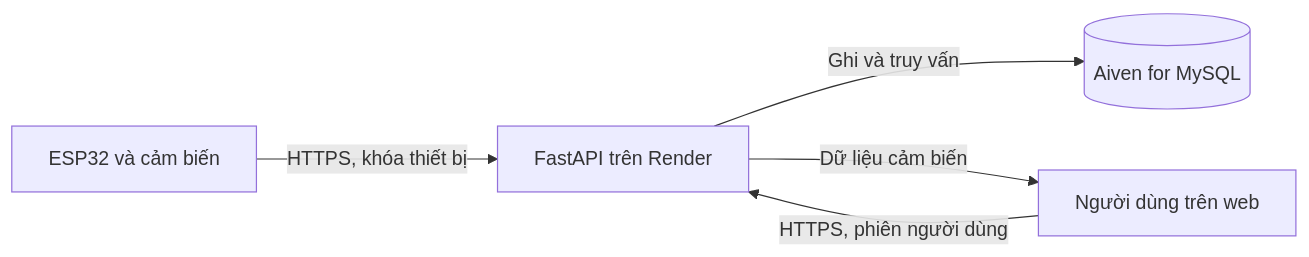
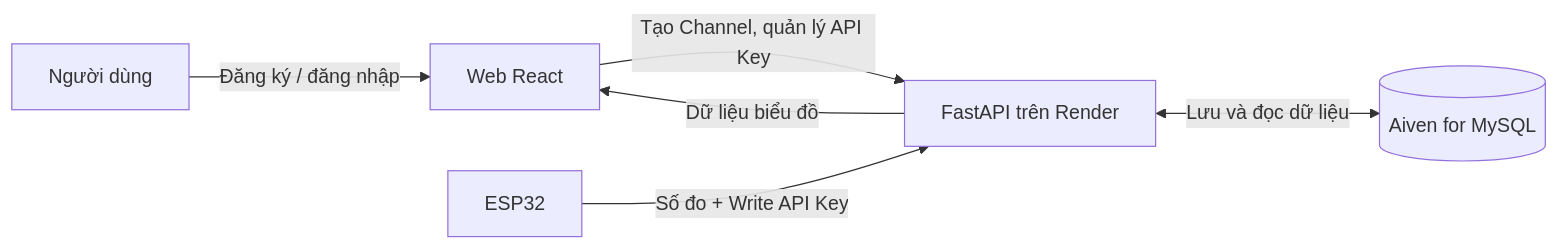
The diagram in README.md (YoungSSK/Sensor-Data-Bridge), drawn with Mermaid before and after one commit. The commit also changed other lines of this file, not shown here.

````diff
--- a/README.md
+++ b/README.md
@@ -9,7 +81,8 @@
 ```mermaid
 flowchart LR
-    E[ESP32 và cảm biến] -->|HTTPS, khóa thiết bị| B[FastAPI trên Render]
-    U[Người dùng trên web] -->|HTTPS, phiên người dùng| B
-    B -->|Ghi và truy vấn| D[(Aiven for MySQL)]
-    B -->|Dữ liệu cảm biến| U
+    U[Người dùng] -->|Đăng ký / đăng nhập| W[Web React]
+    W -->|Tạo Channel, quản lý API Key| B[FastAPI trên Render]
+    E[ESP32] -->|Số đo + Write API Key| B
+    B <-->|Lưu và đọc dữ liệu| D[(Aiven for MySQL)]
+    B -->|Dữ liệu biểu đồ| W
 ```
````
